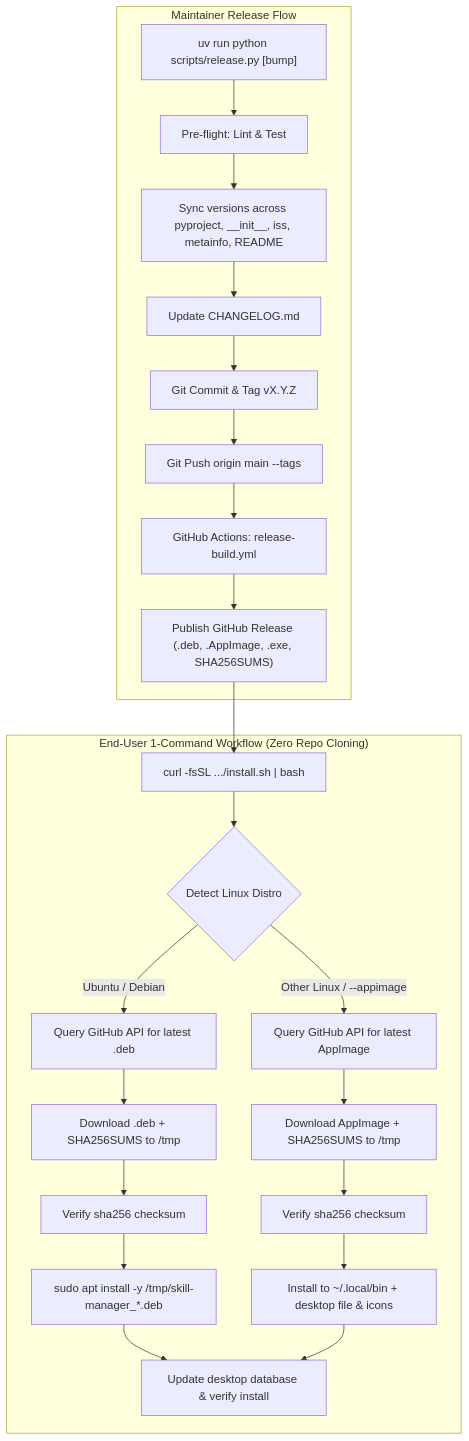
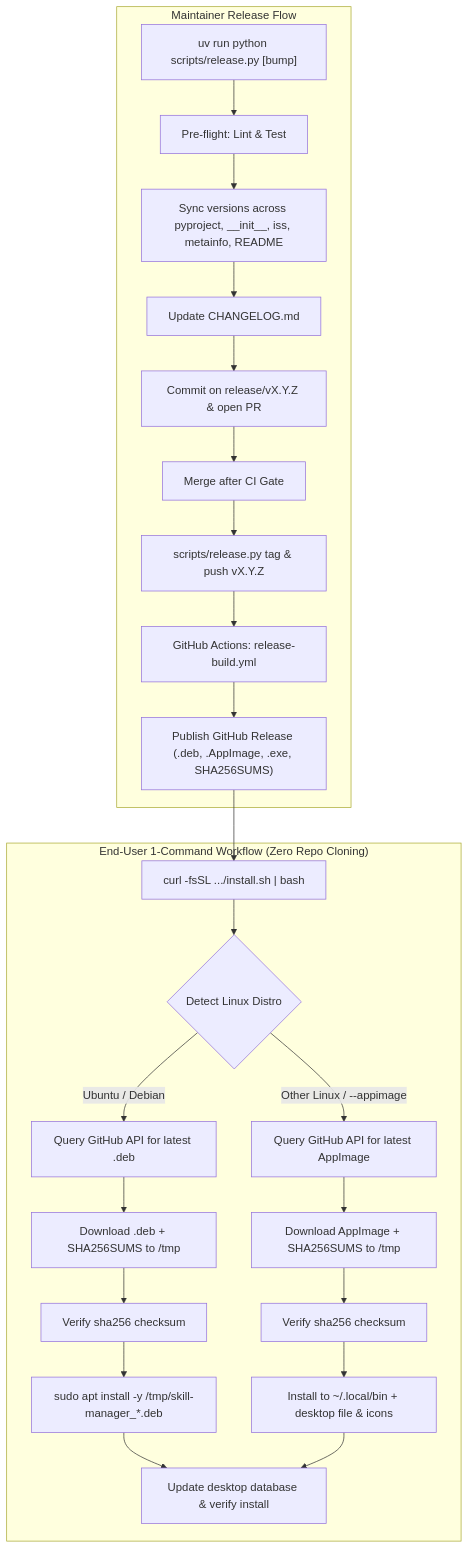
One commit to dishanagalawatta/SkillManager changed diagram 13 of 13 in docs/ARCHITECTURE.md. Above: the diagram before and after it, drawn with Mermaid.

Commit message:
docs: show the PR-then-tag release flow (#3)

````diff
--- a/docs/ARCHITECTURE.md
+++ b/docs/ARCHITECTURE.md
@@ -728,27 +728,28 @@
 ```mermaid
 flowchart TD
     subgraph "End-User 1-Command Workflow (Zero Repo Cloning)"
         A["curl -fsSL .../install.sh | bash"] --> B{Detect Linux Distro}
         B -->|Ubuntu / Debian| C[Query GitHub API for latest .deb]
         B -->|Other Linux / --appimage| D[Query GitHub API for latest AppImage]
         C --> E[Download .deb + SHA256SUMS to /tmp]
         E --> E2[Verify sha256 checksum]
         E2 --> F[sudo apt install -y /tmp/skill-manager_*.deb]
         D --> G[Download AppImage + SHA256SUMS to /tmp]
         G --> G2[Verify sha256 checksum]
         G2 --> H[Install to ~/.local/bin + desktop file & icons]
         F --> I[Update desktop database & verify install]
         H --> I
     end
 
     subgraph "Maintainer Release Flow"
         M["uv run python scripts/release.py [bump]"] --> N[Pre-flight: Lint & Test]
         N --> O[Sync versions across pyproject, __init__, iss, metainfo, README]
         O --> P[Update CHANGELOG.md]
-        P --> Q["Git Commit & Tag vX.Y.Z"]
-        Q --> R["Git Push origin main --tags"]
-        R --> S["GitHub Actions: release-build.yml"]
-        S --> T["Publish GitHub Release (.deb, .AppImage, .exe, SHA256SUMS)"]
-        T --> A
+        P --> Q["Commit on release/vX.Y.Z & open PR"]
+        Q --> R["Merge after CI Gate"]
+        R --> S["scripts/release.py tag & push vX.Y.Z"]
+        S --> T["GitHub Actions: release-build.yml"]
+        T --> U["Publish GitHub Release (.deb, .AppImage, .exe, SHA256SUMS)"]
+        U --> A
     end
 ```
````
